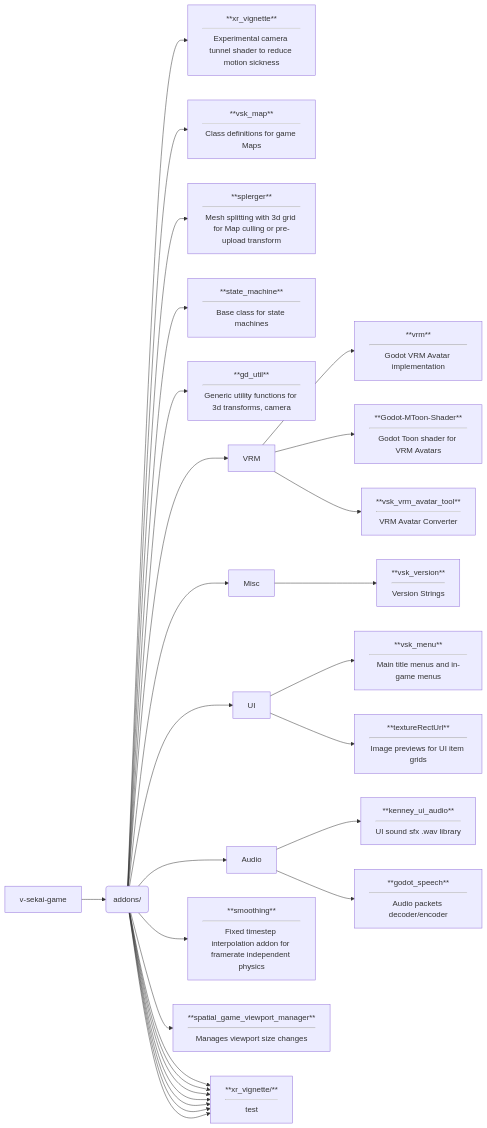
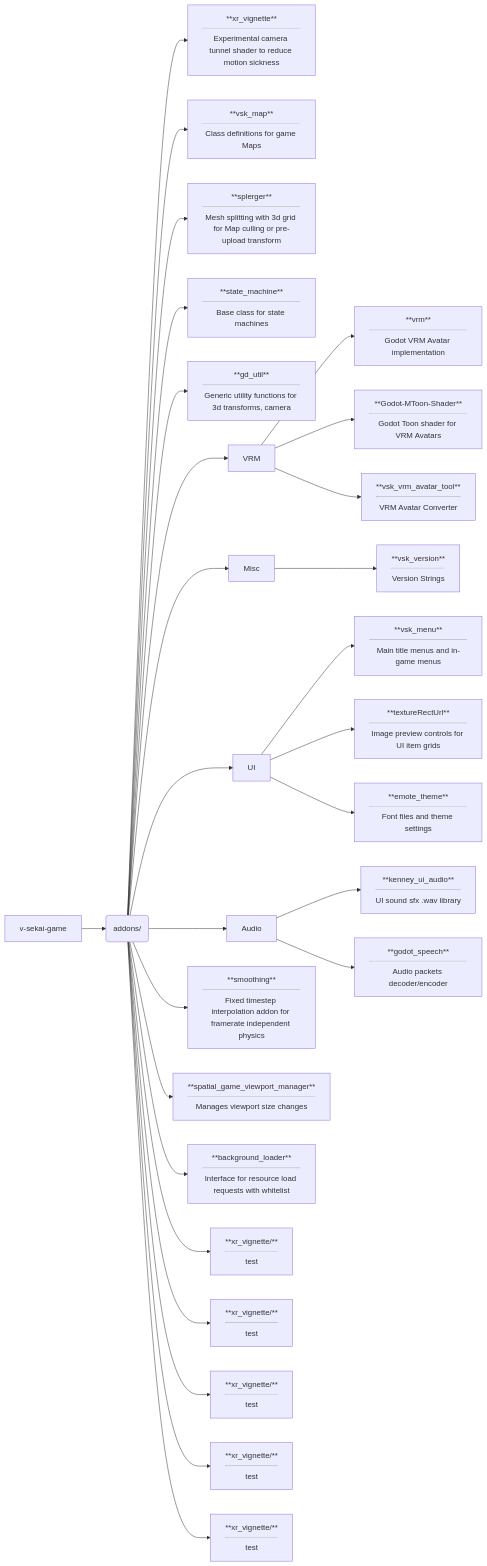
The first of 3 diagrams in test.md (dragonhunt02/v-sekai-game), drawn with Mermaid before and after one commit.

````diff
--- a/test.md
+++ b/test.md
@@ -1,30 +1,30 @@
 ```mermaid
 flowchart LR
     A[v-sekai-game] --> B(addons/)
     B --> addon0[**xr_vignette**<hr>Experimental camera tunnel shader to reduce motion sickness]
     B --> addon4[**vsk_map**<hr>Class definitions for game Maps]
     B --> addon5[**splerger**<hr>Mesh splitting with 3d grid for Map culling or pre-upload transform]
     B --> addon6[**state_machine**<hr>Base class for state machines]
     B --> addon8[**gd_util**<hr>Generic utility functions for 3d transforms, camera]
     B --> VRM
     VRM --> addon10[**vrm**<hr>Godot VRM Avatar implementation]
     VRM --> addon11[**Godot-MToon-Shader**<hr>Godot Toon shader for VRM Avatars]
     VRM --> addon1[**vsk_vrm_avatar_tool**<hr>VRM Avatar Converter]
     B --> Misc
     Misc --> addon2[**vsk_version**<hr>Version Strings]
     B --> UI
     UI --> addon3[**vsk_menu**<hr>Main title menus and in-game menus]
-    UI --> addon7[**textureRectUrl**<hr>Image previews for UI item grids]
+    UI --> addon7[**textureRectUrl**<hr>Image preview controls for UI item grids]
+    UI --> addon15[**emote_theme**<hr>Font files and theme settings]
     B --> Audio
     Audio --> addon14[**kenney_ui_audio**<hr>UI sound sfx .wav library]
     Audio --> addon9[**godot_speech**<hr>Audio packets decoder/encoder]
     B --> addon12[**smoothing**<hr>Fixed timestep interpolation addon for framerate independent physics]
     B --> addon13[**spatial_game_viewport_manager**<hr>Manages viewport size changes]
-    B --> addon15[**xr_vignette/**<hr>test]
-    B --> addon15[**xr_vignette/**<hr>test]
-    B --> addon15[**xr_vignette/**<hr>test]
-    B --> addon15[**xr_vignette/**<hr>test]
-    B --> addon15[**xr_vignette/**<hr>test]
-    B --> addon15[**xr_vignette/**<hr>test]
-    B --> addon15[**xr_vignette/**<hr>test]
+    B --> addon16[**background_loader**<hr>Interface for resource load requests with whitelist]
+    B --> addon17[**xr_vignette/**<hr>test]
+    B --> addon18[**xr_vignette/**<hr>test]
+    B --> addon19[**xr_vignette/**<hr>test]
+    B --> addon20[**xr_vignette/**<hr>test]
+    B --> addon21[**xr_vignette/**<hr>test]
 ```
````
